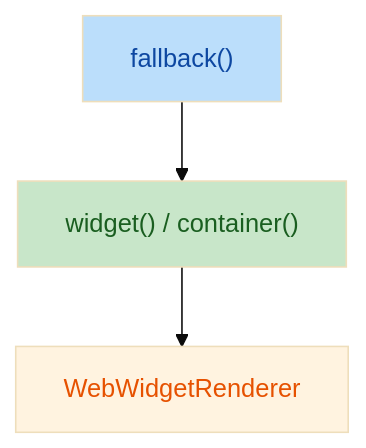
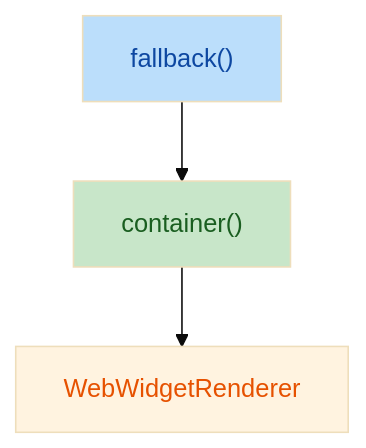
The diagram in rfcs/html-widget-island.zh.md (web-widget/web-widget), drawn with Mermaid (base theme) before and after one commit. The commit also changed other lines of this file and 46 other files, not shown here.

````diff
--- a/rfcs/html-widget-island.zh.md
+++ b/rfcs/html-widget-island.zh.md
@@ -64,9 +64,9 @@
 ```mermaid
 flowchart TD
-    A["fallback()"] --> B["widget() / container()"]
+    A["fallback()"] --> B["container()"]
     B --> C["WebWidgetRenderer"]
 
     style A fill:#bbdefb,color:#0d47a1
     style B fill:#c8e6c9,color:#1a5e20
     style C fill:#fff3e0,color:#e65100
 ```
````
